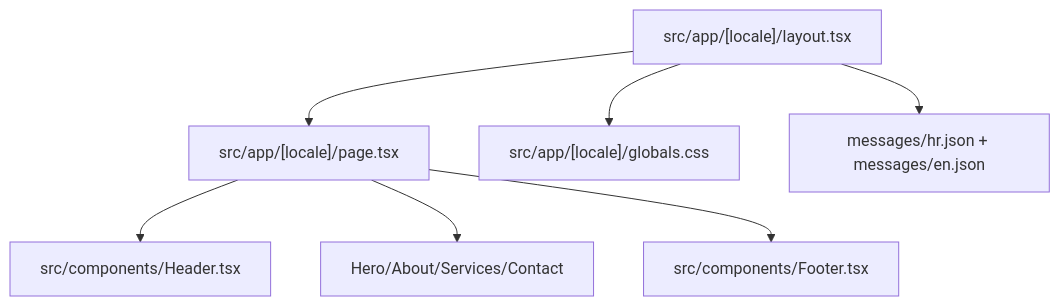
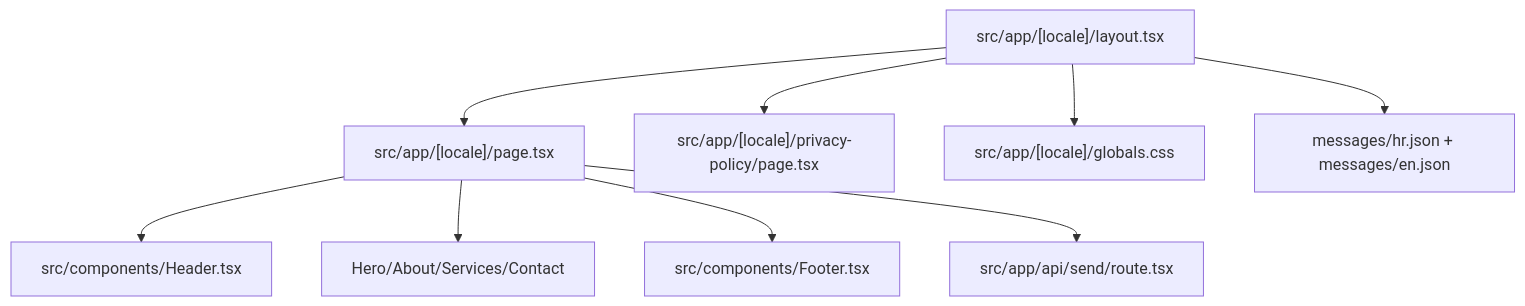
Before and after one commit to ipavic933-spec/website-pavic: the diagram in lode/summary.md, drawn with Mermaid. The commit also changed 6 other files, not shown here.

````diff
--- a/lode/summary.md
+++ b/lode/summary.md
@@ -12,9 +12,11 @@
 ```mermaid
 graph TD
-  Layout["src/app/[locale]/layout.tsx"] --> Page["src/app/[locale]/page.tsx"]
+  Layout["src/app/[locale]/layout.tsx"] --> HomePage["src/app/[locale]/page.tsx"]
+  Layout --> PrivacyPage["src/app/[locale]/privacy-policy/page.tsx"]
   Layout --> Globals["src/app/[locale]/globals.css"]
-  Page --> Header["src/components/Header.tsx"]
-  Page --> Sections["Hero/About/Services/Contact"]
-  Page --> Footer["src/components/Footer.tsx"]
+  HomePage --> Header["src/components/Header.tsx"]
+  HomePage --> Sections["Hero/About/Services/Contact"]
+  HomePage --> Footer["src/components/Footer.tsx"]
+  HomePage --> SendApi["src/app/api/send/route.tsx"]
   Layout --> Messages["messages/hr.json + messages/en.json"]
 ```
````
